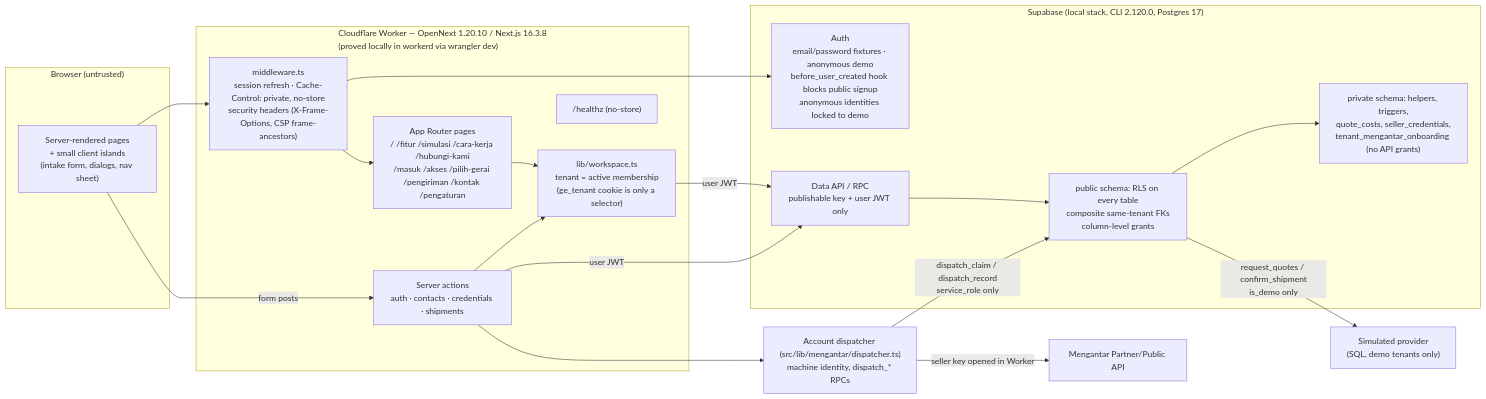
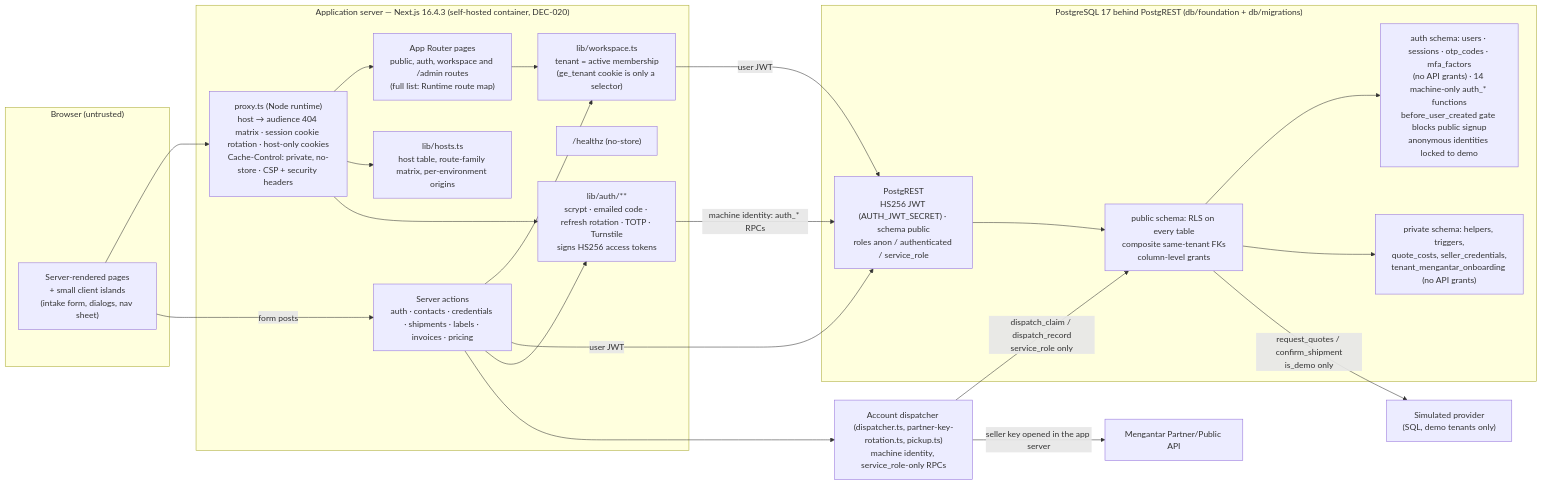
The second of 5 diagrams in ARCHITECTURE.md (ongkipro/geraiexpress), drawn with Mermaid before and after one commit. The commit also changed other lines of this file and 680 other files, not shown here.

Commit message:
Migrate application to PostgreSQL and update workflows

````diff
--- a/ARCHITECTURE.md
+++ b/ARCHITECTURE.md
@@ -22,38 +217,44 @@
 ```mermaid
 flowchart LR
     subgraph Browser["Browser (untrusted)"]
         UI["Server-rendered pages<br/>+ small client islands<br/>(intake form, dialogs, nav sheet)"]
     end
-    subgraph Worker["Cloudflare Worker — OpenNext 1.20.10 / Next.js 16.3.8<br/>(proved locally in workerd via wrangler dev)"]
-        MW["middleware.ts<br/>session refresh · Cache-Control: private, no-store<br/>security headers (X-Frame-Options, CSP frame-ancestors)"]
-        Pages["App Router pages<br/>/ /fitur /simulasi /cara-kerja /hubungi-kami<br/>/masuk /akses /pilih-gerai /pengiriman /kontak /pengaturan"]
-        Actions["Server actions<br/>auth · contacts · credentials · shipments"]
+    subgraph Worker["Application server — Next.js 16.4.3 (self-hosted container, DEC-020)"]
+        MW["proxy.ts (Node runtime)<br/>host → audience 404 matrix · session cookie rotation · host-only cookies<br/>Cache-Control: private, no-store · CSP + security headers"]
+        Pages["App Router pages<br/>public, auth, workspace and /admin routes<br/>(full list: Runtime route map)"]
+        Actions["Server actions<br/>auth · contacts · credentials · shipments · labels · invoices · pricing"]
         WS["lib/workspace.ts<br/>tenant = active membership<br/>(ge_tenant cookie is only a selector)"]
         Health["/healthz (no-store)"]
+        Hosts["lib/hosts.ts<br/>host table, route-family matrix, per-environment origins"]
+        AuthMod["lib/auth/**<br/>scrypt · emailed code · refresh rotation · TOTP · Turnstile<br/>signs HS256 access tokens"]
     end
-    subgraph Supabase["Supabase (local stack, CLI 2.120.0, Postgres 17)"]
-        Auth["Auth<br/>email/password fixtures · anonymous demo<br/>before_user_created hook blocks public signup<br/>anonymous identities locked to demo"]
-        API["Data API / RPC<br/>publishable key + user JWT only"]
+    subgraph Postgres["PostgreSQL 17 behind PostgREST (db/foundation + db/migrations)"]
+        PgRest["PostgREST<br/>HS256 JWT (AUTH_JWT_SECRET) · schema public<br/>roles anon / authenticated / service_role"]
+        AuthDb["auth schema: users · sessions · otp_codes · mfa_factors<br/>(no API grants) · 14 machine-only auth_* functions<br/>before_user_created gate blocks public signup<br/>anonymous identities locked to demo"]
         DB["public schema: RLS on every table<br/>composite same-tenant FKs<br/>column-level grants"]
         Priv["private schema: helpers, triggers,<br/>quote_costs, seller_credentials,<br/>tenant_mengantar_onboarding (no API grants)"]
     end
     Sim["Simulated provider<br/>(SQL, demo tenants only)"]
     Mengantar["Mengantar Partner/Public API"]
-    Dispatcher["Account dispatcher (src/lib/mengantar/dispatcher.ts)<br/>machine identity, dispatch_* RPCs"]
+    Dispatcher["Account dispatcher (dispatcher.ts, partner-key-rotation.ts, pickup.ts)<br/>machine identity, service_role-only RPCs"]
 
     UI --> MW --> Pages
+    MW --> Hosts
     UI -->|form posts| Actions
     Pages --> WS
     Actions --> WS
-    WS -->|user JWT| API
-    Actions -->|user JWT| API
-    MW --> Auth
-    API --> DB
+    WS -->|user JWT| PgRest
+    Actions -->|user JWT| PgRest
+    MW --> AuthMod
+    Actions --> AuthMod
+    AuthMod -->|"machine identity: auth_* RPCs"| PgRest
+    PgRest --> DB
+    DB --> AuthDb
     DB --> Priv
     DB -->|request_quotes / confirm_shipment<br/>is_demo only| Sim
     Dispatcher -->|"dispatch_claim / dispatch_record<br/>service_role only"| DB
-    Dispatcher -->|seller key opened in Worker| Mengantar
+    Dispatcher -->|seller key opened in the app server| Mengantar
     Actions --> Dispatcher
 
     classDef target stroke-dasharray: 5 5,color:#7a7a7a
 ```
````
